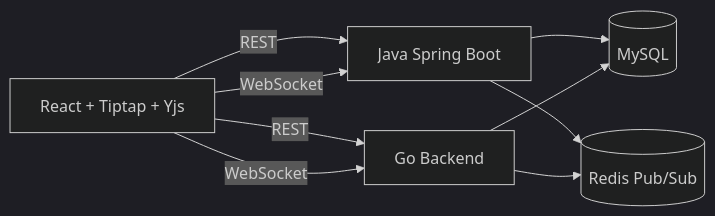
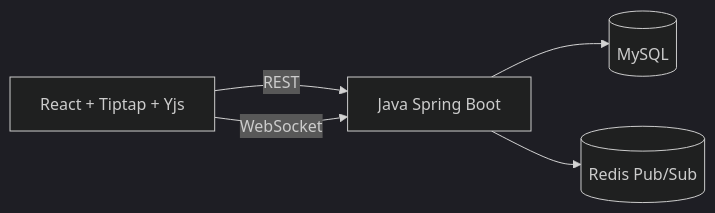
The first of 2 diagrams in docs/architecture.md (KleMoretti/document-system), drawn with Mermaid (dark theme) before and after one commit. The commit also changed other lines of this file and 40 other files, not shown here.

````diff
--- a/docs/architecture.md
+++ b/docs/architecture.md
@@ -5,11 +14,7 @@
 ```mermaid
 flowchart LR
   Web[React + Tiptap + Yjs] -->|REST| Java[Java Spring Boot]
   Web -->|WebSocket| Java
-  Web -->|REST| Go[Go Backend]
-  Web -->|WebSocket| Go
   Java --> MySQL[(MySQL)]
-  Go --> MySQL
   Java --> Redis[(Redis Pub/Sub)]
-  Go --> Redis
 ```
````
